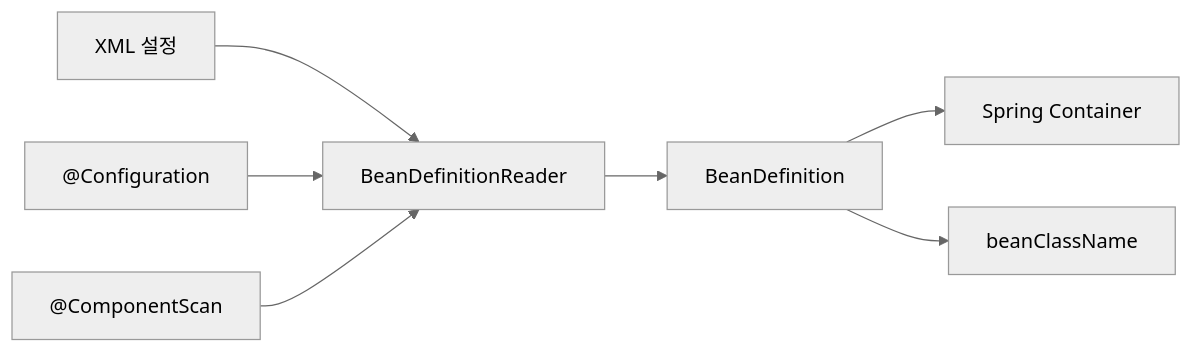
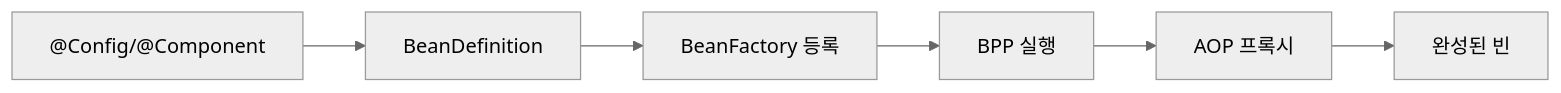
One commit to yjkim2015/yjkim2015.github.io changed the eighth of 8 diagrams in _posts/spring/2026-05-02-spring-core-basic.md. Above: the diagram before and after it, drawn with Mermaid (neutral theme). The commit also changed other lines of this file and 4 other files, not shown here.

````diff
--- a/_posts/spring/2026-05-02-spring-core-basic.md
+++ b/_posts/spring/2026-05-02-spring-core-basic.md
@@ -599,9 +1709,8 @@
 ```mermaid
 graph LR
-    A["XML 설정"] --> C["BeanDefinitionReader"]
-    B["@Configuration"] --> C
-    D["@ComponentScan"] --> C
-    C --> E["BeanDefinition"]
-    E --> F["Spring Container"]
-    E --> G["beanClassName"]
+    A["@Config/@Component"] --> B["BeanDefinition"]
+    B --> C["BeanFactory 등록"]
+    C --> D["BPP 실행"]
+    D --> E["AOP 프록시"]
+    E --> F["완성된 빈"]
 ```
````
